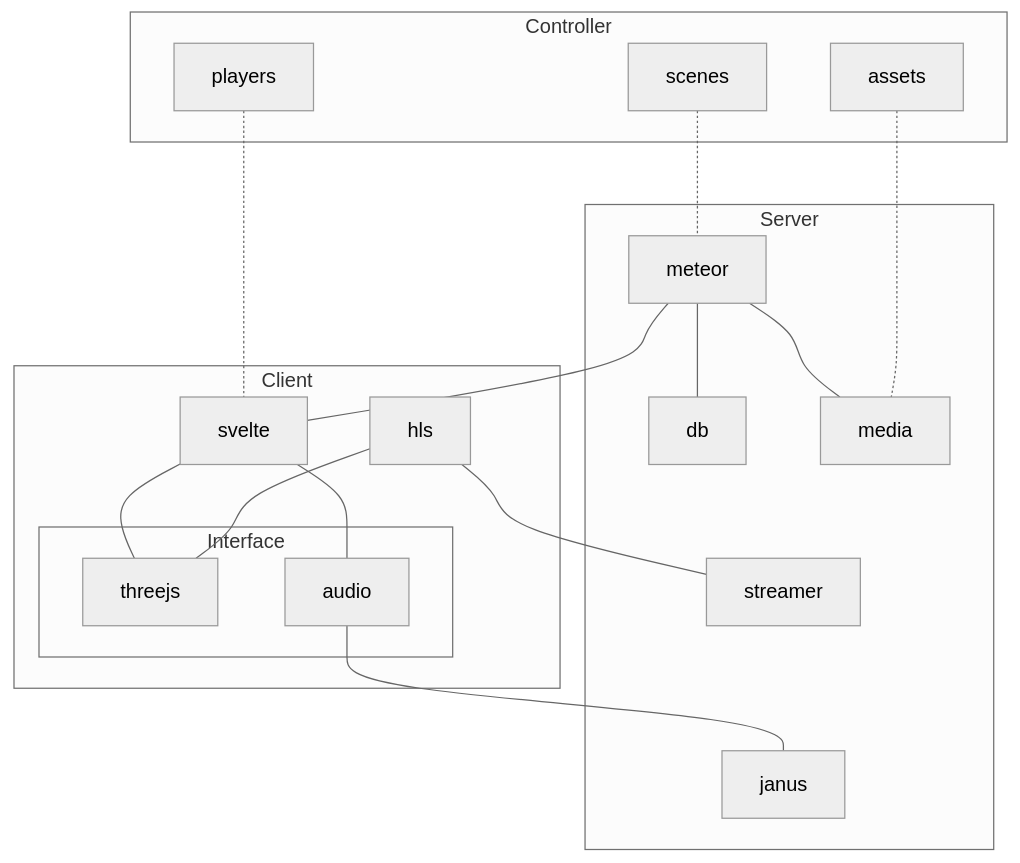
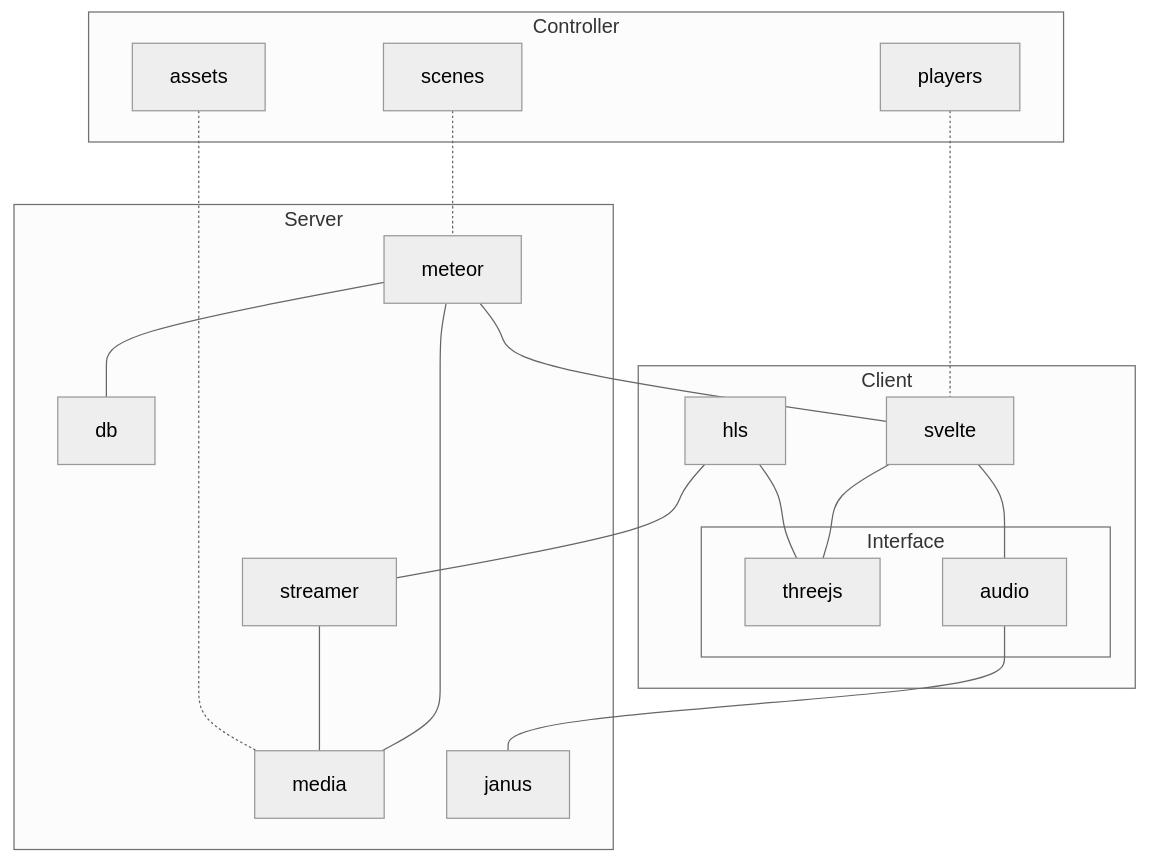
One commit to retani/360vr changed the diagram in README.md. Above: the diagram before and after it, drawn with Mermaid (neutral theme).

````diff
--- a/README.md
+++ b/README.md
@@ -3,44 +3,45 @@
 ```mermaid
 
 graph TD
 
     subgraph Server
       meteor
       db
       media
       janus
       streamer
     end
 
     subgraph Client
       svelte
       hls
       subgraph Interface
         threejs
         audio
       end
     end
 
     subgraph Controller
       scenes
       assets
       players
     end
 
     meteor --- db
     meteor --- media
     
     meteor --- svelte
     audio --- janus
     hls --- streamer
+    streamer --- media
 
     svelte --- threejs
     hls --- threejs
 
     svelte --- audio
 
     assets -.- media
     scenes -.- meteor
     players -.- svelte
     
 ```
````
